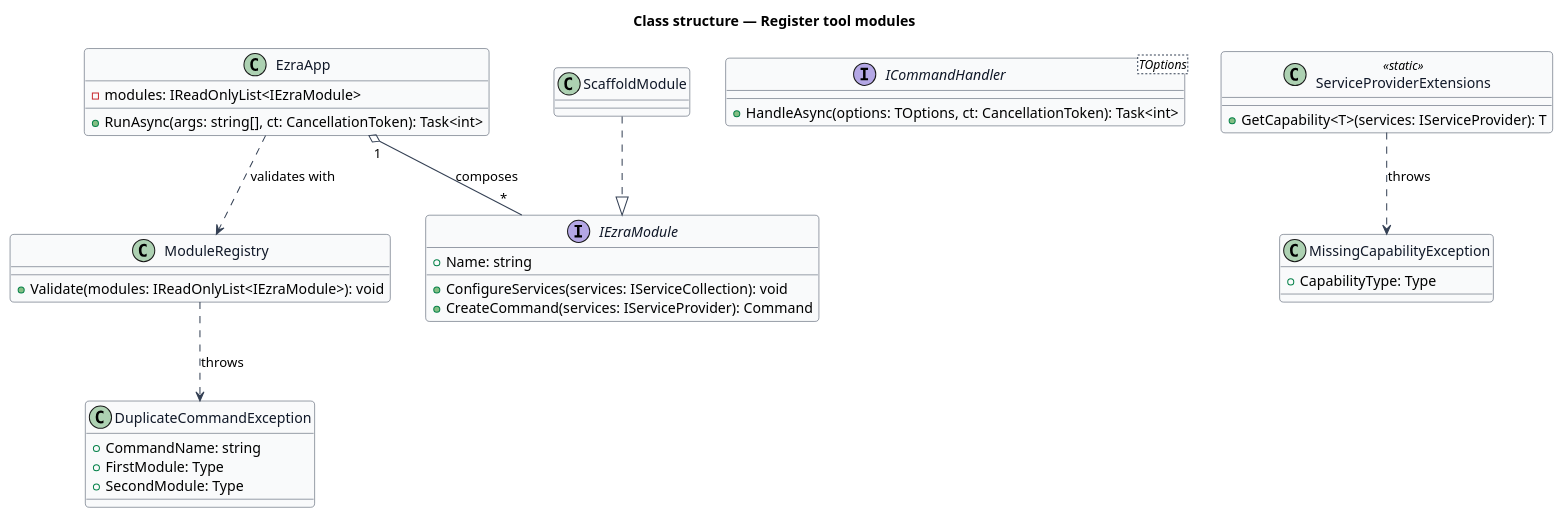
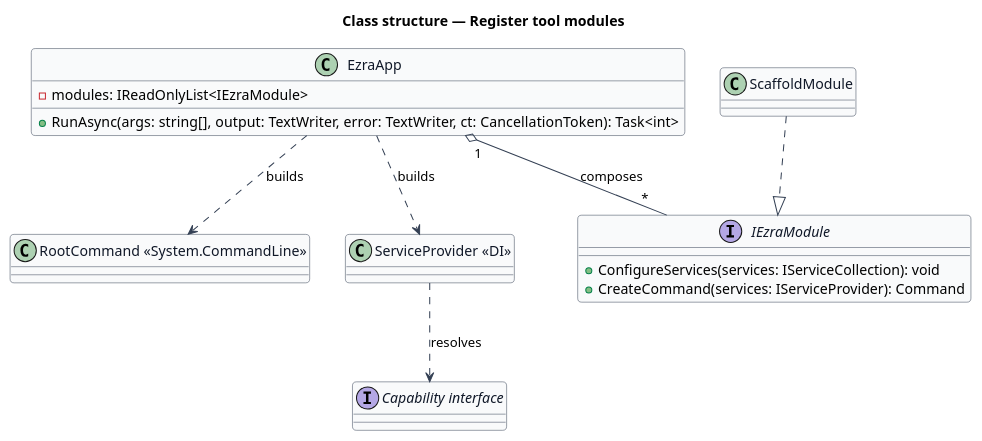
One commit to QuinntyneBrown/ezra changed the diagram in docs/detailed-designs/cli-host/register-tool-modules/diagrams/class-structure.puml. Above: the diagram before and after it, drawn with PlantUML. The commit also changed 26 other files, not shown here.

First line of the commit message:
Verify lazy handler services and help startup time; align designs with code

```diff
--- a/docs/detailed-designs/cli-host/register-tool-modules/diagrams/class-structure.puml
+++ b/docs/detailed-designs/cli-host/register-tool-modules/diagrams/class-structure.puml
@@ -1,46 +1,31 @@
 @startuml
 skinparam backgroundColor #FFFFFF
 skinparam shadowing false
 skinparam roundcorner 8
 skinparam defaultFontName Arial
 skinparam ArrowColor #344054
 skinparam class {
   BorderColor #344054
   FontColor #101828
   BackgroundColor #F9FAFB
 }
 title Class structure — Register tool modules
 
 interface IEzraModule {
-  +Name: string
   +ConfigureServices(services: IServiceCollection): void
   +CreateCommand(services: IServiceProvider): Command
 }
-interface "ICommandHandler<TOptions>" as Handler {
-  +HandleAsync(options: TOptions, ct: CancellationToken): Task<int>
-}
-class ServiceProviderExtensions <<static>> {
-  +GetCapability<T>(services: IServiceProvider): T
-}
-class MissingCapabilityException {
-  +CapabilityType: Type
-}
 class EzraApp {
   -modules: IReadOnlyList<IEzraModule>
-  +RunAsync(args: string[], ct: CancellationToken): Task<int>
+  +RunAsync(args: string[], output: TextWriter, error: TextWriter, ct: CancellationToken): Task<int>
 }
-class ModuleRegistry {
-  +Validate(modules: IReadOnlyList<IEzraModule>): void
-}
-class DuplicateCommandException {
-  +CommandName: string
-  +FirstModule: Type
-  +SecondModule: Type
-}
+class "RootCommand <<System.CommandLine>>" as RootCommand
+class "ServiceProvider <<DI>>" as ServiceProvider
+interface "Capability interface" as Capability
 class ScaffoldModule
 ScaffoldModule ..|> IEzraModule
 EzraApp "1" o-- "*" IEzraModule : composes
-EzraApp ..> ModuleRegistry : validates with
-ModuleRegistry ..> DuplicateCommandException : throws
-ServiceProviderExtensions ..> MissingCapabilityException : throws
+EzraApp ..> RootCommand : builds
+EzraApp ..> ServiceProvider : builds
+ServiceProvider ..> Capability : resolves
 @enduml
```
